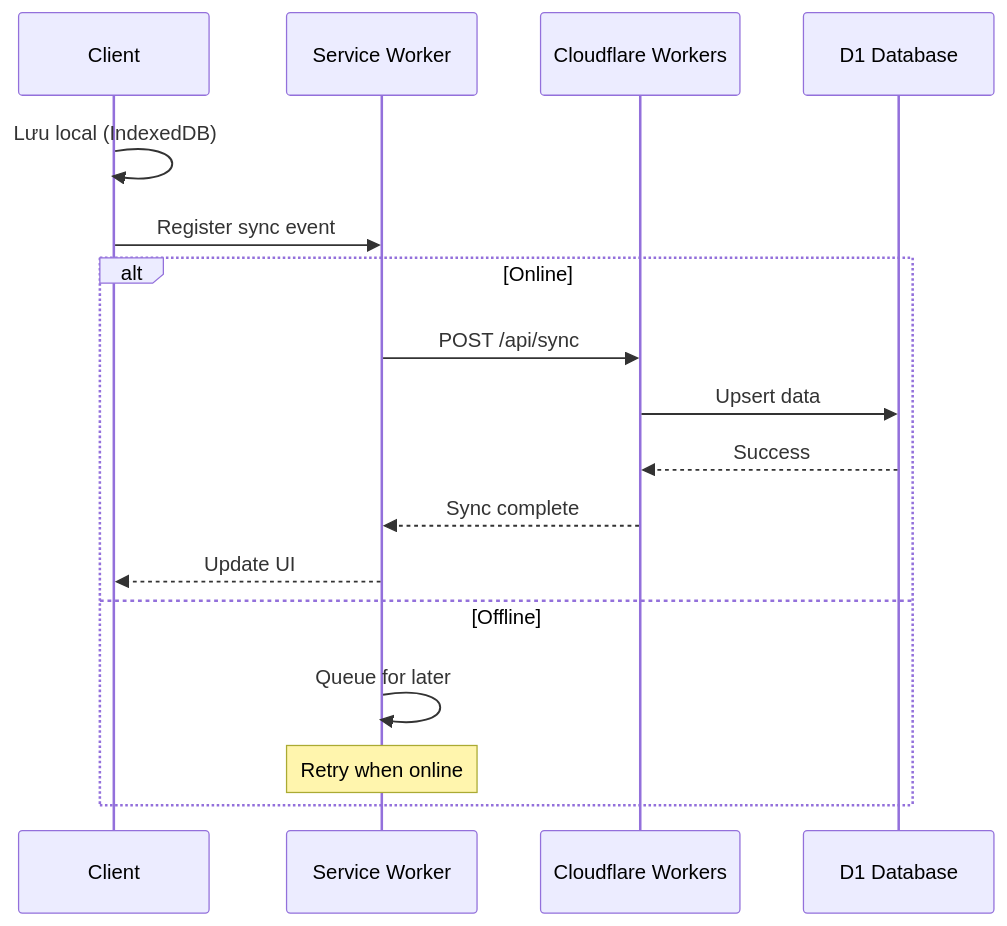
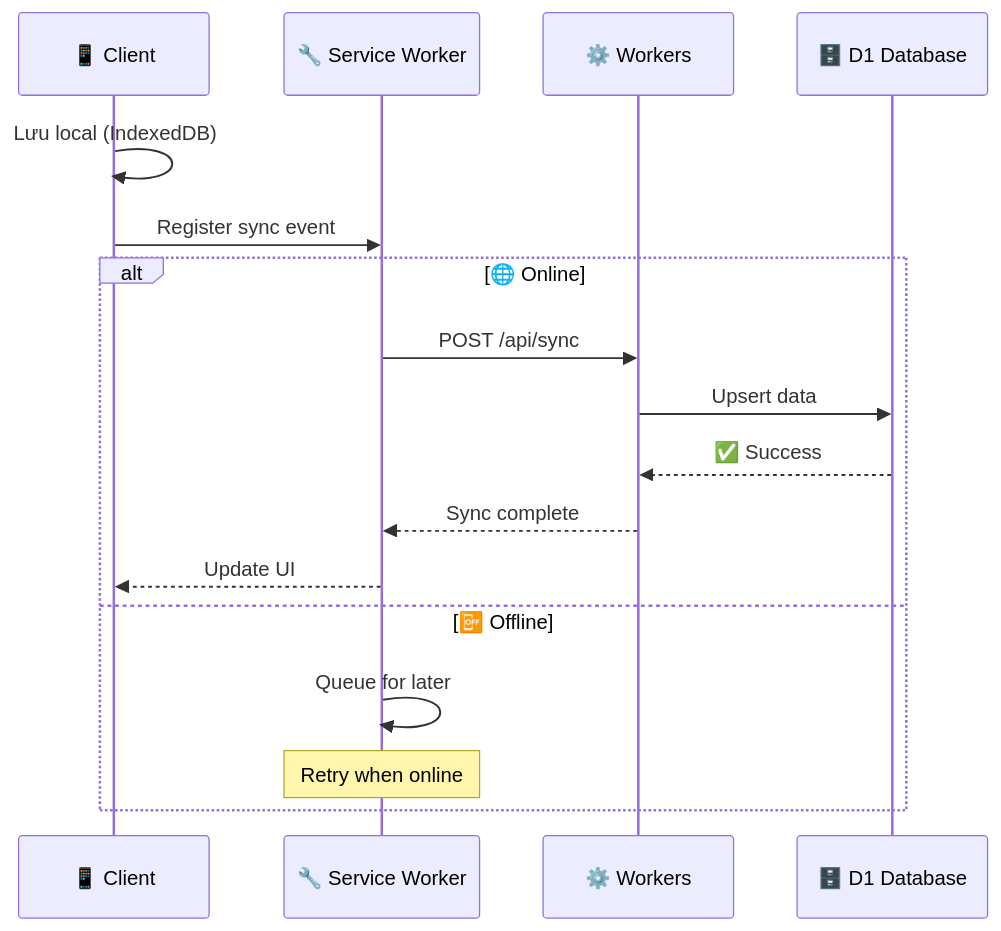
Before and after one commit to LongNgn204/totnghiepcongnghecungai1: the fifth of 6 diagrams in README.md, drawn with Mermaid. The commit also changed other lines of this file and 4 other files, not shown here.

````diff
--- a/README.md
+++ b/README.md
@@ -189,21 +231,21 @@
 ```mermaid
 sequenceDiagram
-    participant Client
-    participant ServiceWorker as Service Worker
-    participant Workers as Cloudflare Workers
-    participant D1 as D1 Database
+    participant C as 📱 Client
+    participant SW as 🔧 Service Worker
+    participant W as ⚙️ Workers
+    participant D as 🗄️ D1 Database
 
-    Client->>Client: Lưu local (IndexedDB)
-    Client->>ServiceWorker: Register sync event
+    C->>C: Lưu local (IndexedDB)
+    C->>SW: Register sync event
     
-    alt Online
-        ServiceWorker->>Workers: POST /api/sync
-        Workers->>D1: Upsert data
-        D1-->>Workers: Success
-        Workers-->>ServiceWorker: Sync complete
-        ServiceWorker-->>Client: Update UI
-    else Offline
-        ServiceWorker->>ServiceWorker: Queue for later
-        Note over ServiceWorker: Retry when online
+    alt 🌐 Online
+        SW->>W: POST /api/sync
+        W->>D: Upsert data
+        D-->>W: ✅ Success
+        W-->>SW: Sync complete
+        SW-->>C: Update UI
+    else 📴 Offline
+        SW->>SW: Queue for later
+        Note over SW: Retry when online
     end
 ```
````
